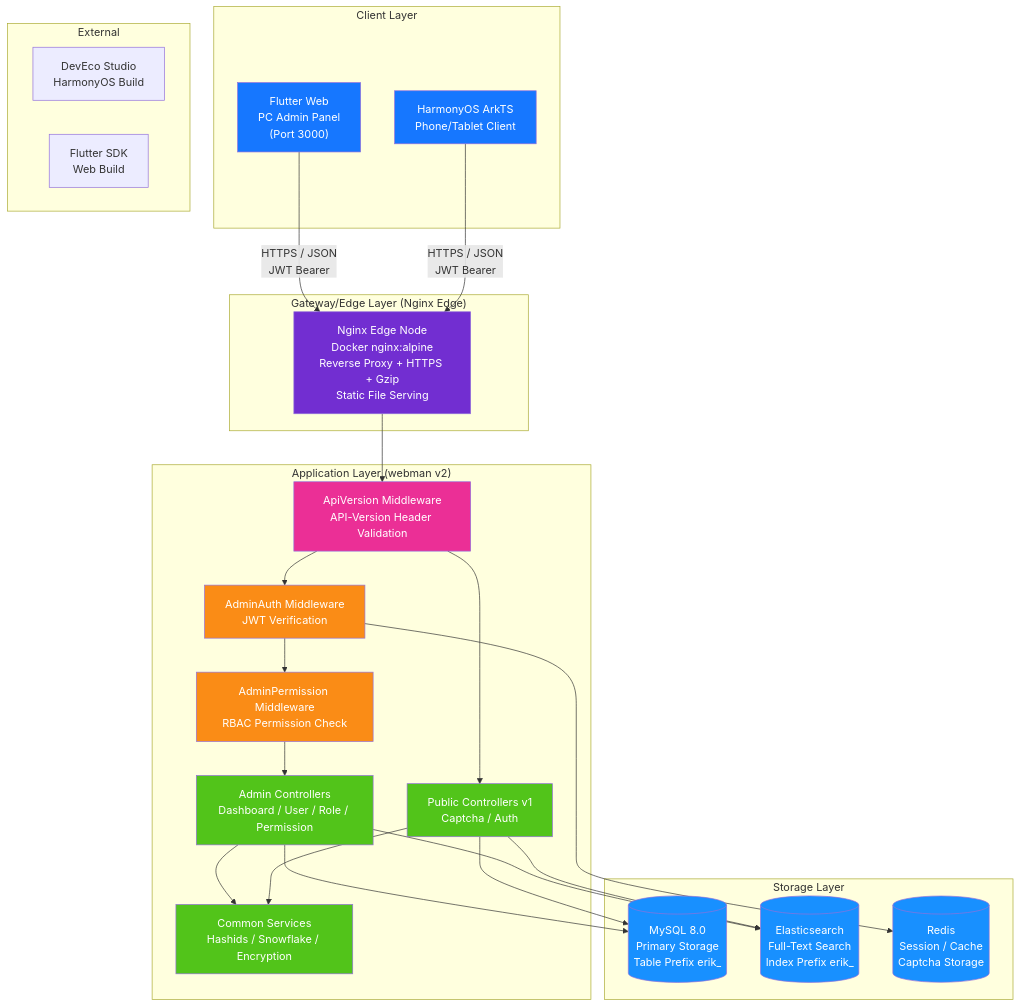
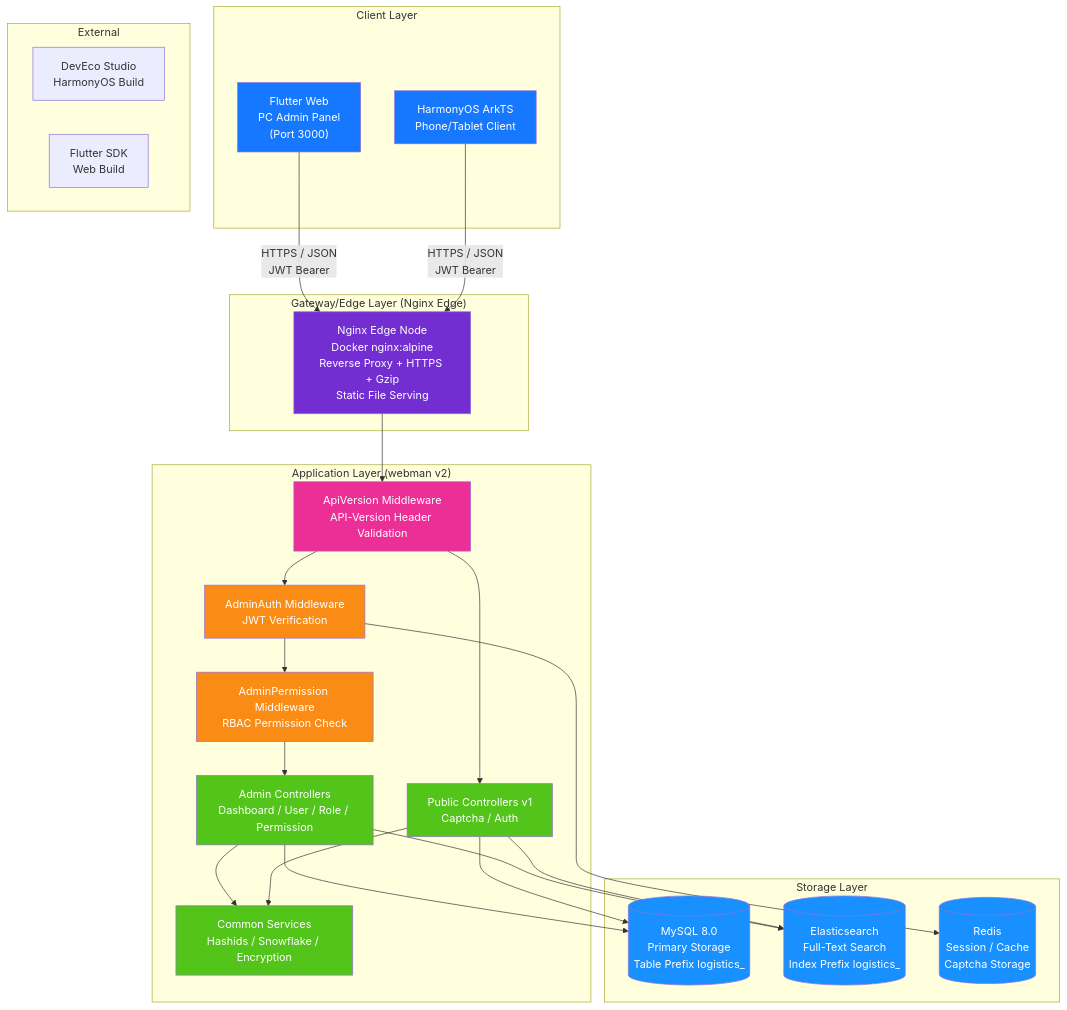
One commit to erikwang2013/integrated-global-logistics changed the first of 14 diagrams in admin/docs/ARCHITECTURE.en.md. Above: the diagram before and after it, drawn with Mermaid. The commit also changed other lines of this file and 211 other files, not shown here.

````diff
--- a/admin/docs/ARCHITECTURE.en.md
+++ b/admin/docs/ARCHITECTURE.en.md
@@ -13,59 +13,59 @@
 ```mermaid
 flowchart TB
     subgraph "Client Layer"
         A1["Flutter Web<br/>PC Admin Panel<br/>(Port 3000)"]
         A2["HarmonyOS ArkTS<br/>Phone/Tablet Client"]
     end
 
     subgraph "Gateway/Edge Layer (Nginx Edge)"
         B1["Nginx Edge Node<br/>Docker nginx:alpine<br/>Reverse Proxy + HTTPS + Gzip<br/>Static File Serving"]
     end
 
     subgraph "Application Layer (webman v2)"
         C0["ApiVersion Middleware<br/>API-Version Header Validation"]
         C1["AdminAuth Middleware<br/>JWT Verification"]
         C2["AdminPermission Middleware<br/>RBAC Permission Check"]
         C3["Admin Controllers<br/>Dashboard / User / Role / Permission"]
         C4["Public Controllers v1<br/>Captcha / Auth"]
         C5["Common Services<br/>Hashids / Snowflake / Encryption"]
     end
 
     subgraph "Storage Layer"
-        D1[("MySQL 8.0<br/>Primary Storage<br/>Table Prefix erik_")]
-        D2[("Elasticsearch<br/>Full-Text Search<br/>Index Prefix erik_")]
+        D1[("MySQL 8.0<br/>Primary Storage<br/>Table Prefix logistics_")]
+        D2[("Elasticsearch<br/>Full-Text Search<br/>Index Prefix logistics_")]
         D3[("Redis<br/>Session / Cache<br/>Captcha Storage")]
     end
 
     subgraph "External"
         E1["DevEco Studio<br/>HarmonyOS Build"]
         E2["Flutter SDK<br/>Web Build"]
     end
 
     A1 -->|"HTTPS / JSON<br/>JWT Bearer"| B1
     A2 -->|"HTTPS / JSON<br/>JWT Bearer"| B1
     B1 --> C0
     C0 --> C1
     C1 --> C2
     C2 --> C3
     C0 --> C4
     C3 --> C5
     C4 --> C5
     C3 --> D1
     C4 --> D1
     C3 --> D2
     C4 --> D2
     C1 --> D3
 
     style A1 fill:#1677FF,color:#fff
     style A2 fill:#1677FF,color:#fff
     style B1 fill:#722ED1,color:#fff
     style C0 fill:#EB2F96,color:#fff
     style C1 fill:#FA8C16,color:#fff
     style C2 fill:#FA8C16,color:#fff
     style C3 fill:#52C41A,color:#fff
     style C4 fill:#52C41A,color:#fff
     style C5 fill:#52C41A,color:#fff
     style D1 fill:#1890FF,color:#fff
     style D2 fill:#1890FF,color:#fff
     style D3 fill:#1890FF,color:#fff
 ```
````
